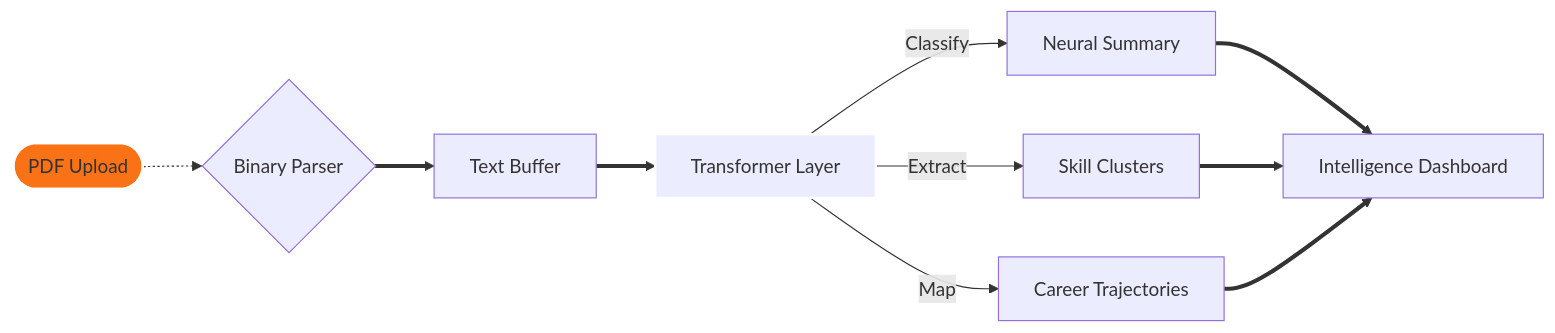
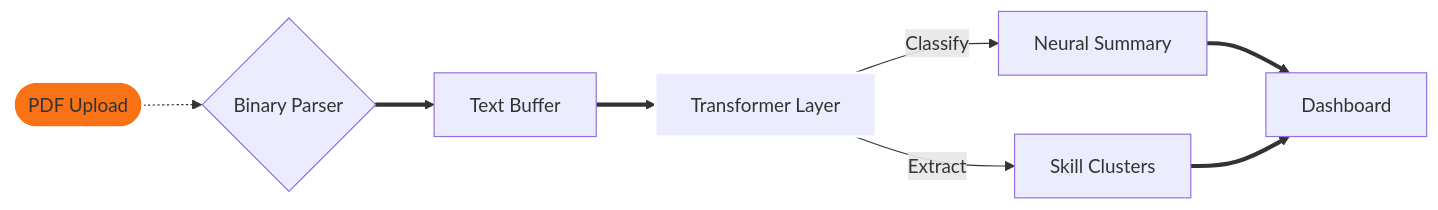
One commit to SubashSK777/SkillMatch-AI_Resume_Analyzer changed the diagram in README.md. Above: the diagram before and after it, drawn with Mermaid. The commit also changed other lines of this file and 1 other file, not shown here.

````diff
--- a/README.md
+++ b/README.md
@@ -50,13 +42,12 @@
 ```mermaid
 graph LR
     User([PDF Upload]) -.-> Parsing{Binary Parser}
     Parsing ==> Raw[Text Buffer]
     Raw ==> NLPEngine[Transformer Layer]
     NLPEngine -- Classify --> Summary[Neural Summary]
     NLPEngine -- Extract --> Skills[Skill Clusters]
-    NLPEngine -- Map --> Paths[Career Trajectories]
-    Summary & Skills & Paths ==> UI[Intelligence Dashboard]
+    Summary & Skills ==> UI[Dashboard]
     
     style User fill:#f97316,stroke:#fff,stroke-width:2px
     style NLPEngine fill:#blueviolet,stroke:#fff,stroke-width:2px
 ```
````
